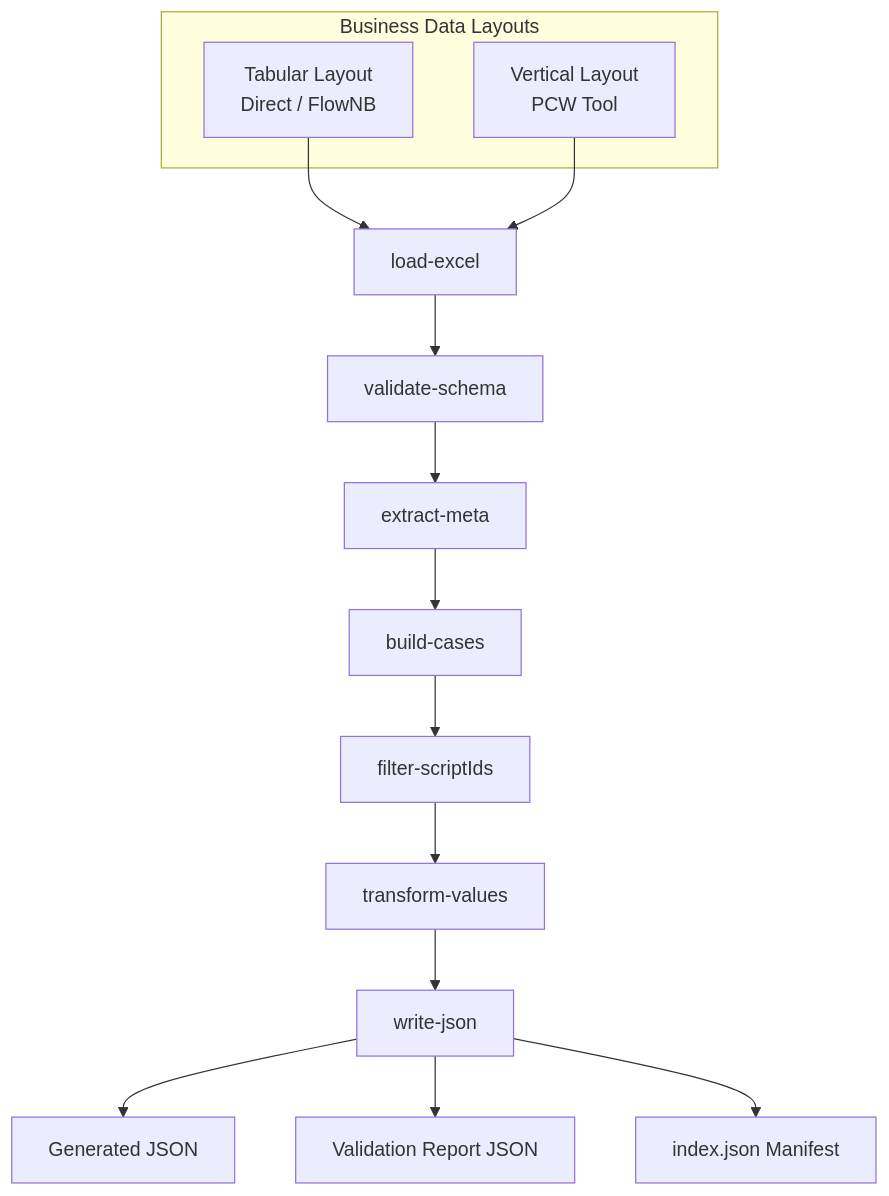
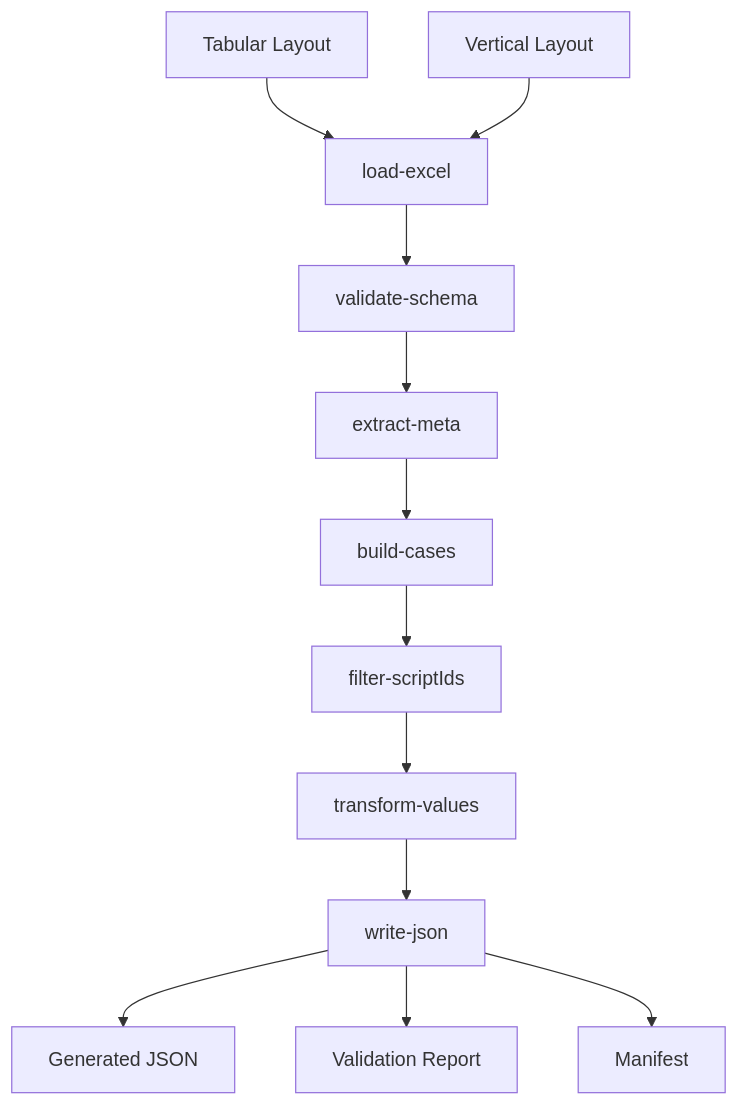
The second of 3 diagrams in src/data/README.md (vijaytomar81/AZOnline), drawn with Mermaid before and after one commit. The commit also changed other lines of this file, not shown here.

```diff
--- a/src/data/README.md
+++ b/src/data/README.md
@@ -300,22 +238,20 @@
 ~~~mermaid
 flowchart TD
 
-    subgraph Business Data Layouts
-        A1[Tabular Layout<br/>Direct / FlowNB]
-        A2[Vertical Layout<br/>PCW Tool]
-    end
+    A1[Tabular Layout]
+    A2[Vertical Layout]
 
     A1 --> B[load-excel]
     A2 --> B
 
     B --> C[validate-schema]
     C --> D[extract-meta]
     D --> E[build-cases]
     E --> F[filter-scriptIds]
     F --> G[transform-values]
     G --> H[write-json]
 
     H --> I[Generated JSON]
-    H --> J[Validation Report JSON]
-    H --> K[index.json Manifest]
+    H --> J[Validation Report]
+    H --> K[Manifest]
 ~~~
```
